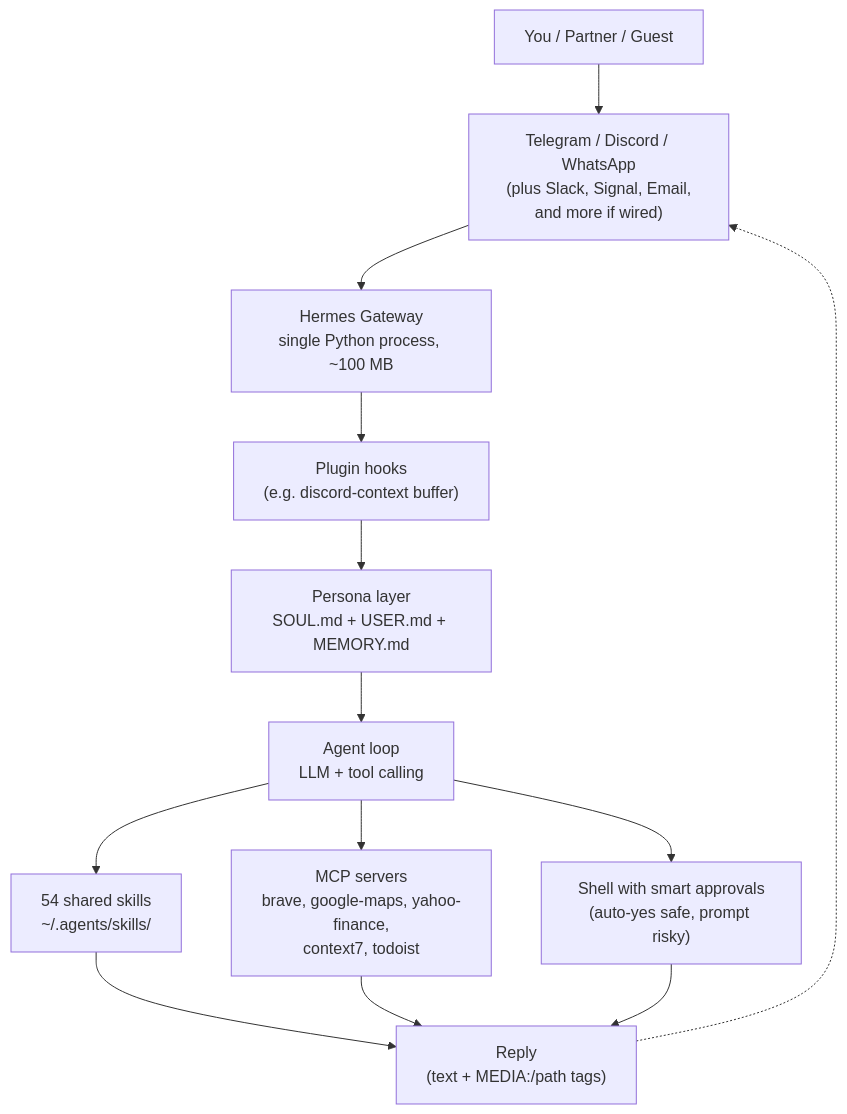
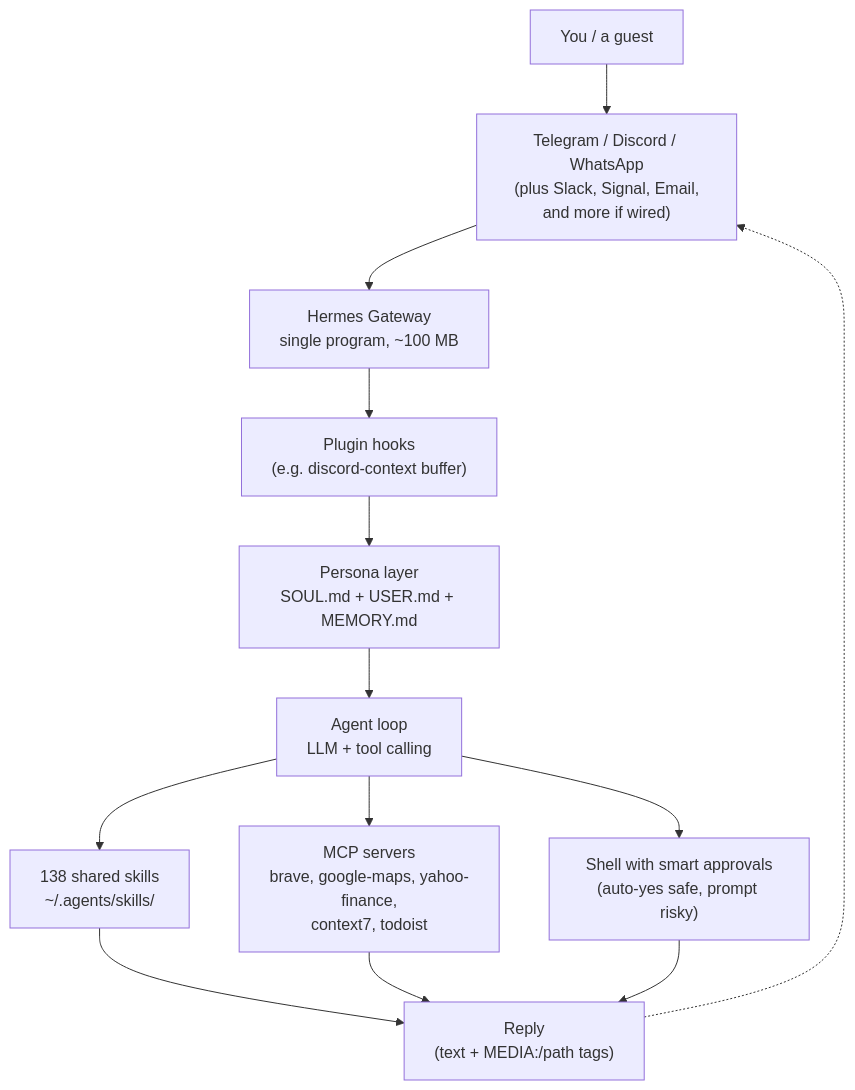
The first of 5 diagrams in content/posts/hermes-agent-setup.md (absolutepraya/blog), drawn with Mermaid before and after one commit. The commit also changed other lines of this file and 10 other files, not shown here.

Commit message:
Rewrite Hermes agent post for general readers, add IDX screener and platform screenshots

````diff
--- a/content/posts/hermes-agent-setup.md
+++ b/content/posts/hermes-agent-setup.md
@@ -52,18 +51,18 @@
 ```mermaid
 graph TD
-    User["You / Partner / Guest"]
+    User["You / a guest"]
     User --> Platform["Telegram / Discord / WhatsApp<br>(plus Slack, Signal, Email,<br>and more if wired)"]
-    Platform --> Gateway["Hermes Gateway<br>single Python process, ~100 MB"]
+    Platform --> Gateway["Hermes Gateway<br>single program, ~100 MB"]
     Gateway --> Hooks["Plugin hooks<br>(e.g. discord-context buffer)"]
     Hooks --> Persona["Persona layer<br>SOUL.md + USER.md + MEMORY.md"]
     Persona --> Agent["Agent loop<br>LLM + tool calling"]
 
-    Agent --> Skills["54 shared skills<br>~/.agents/skills/"]
+    Agent --> Skills["138 shared skills<br>~/.agents/skills/"]
     Agent --> MCP["MCP servers<br>brave, google-maps, yahoo-finance,<br>context7, todoist"]
     Agent --> Shell["Shell with smart approvals<br>(auto-yes safe, prompt risky)"]
 
     Skills --> Reply["Reply<br>(text + MEDIA:/path tags)"]
     MCP --> Reply
     Shell --> Reply
     Reply -.-> Platform
 ```
````
